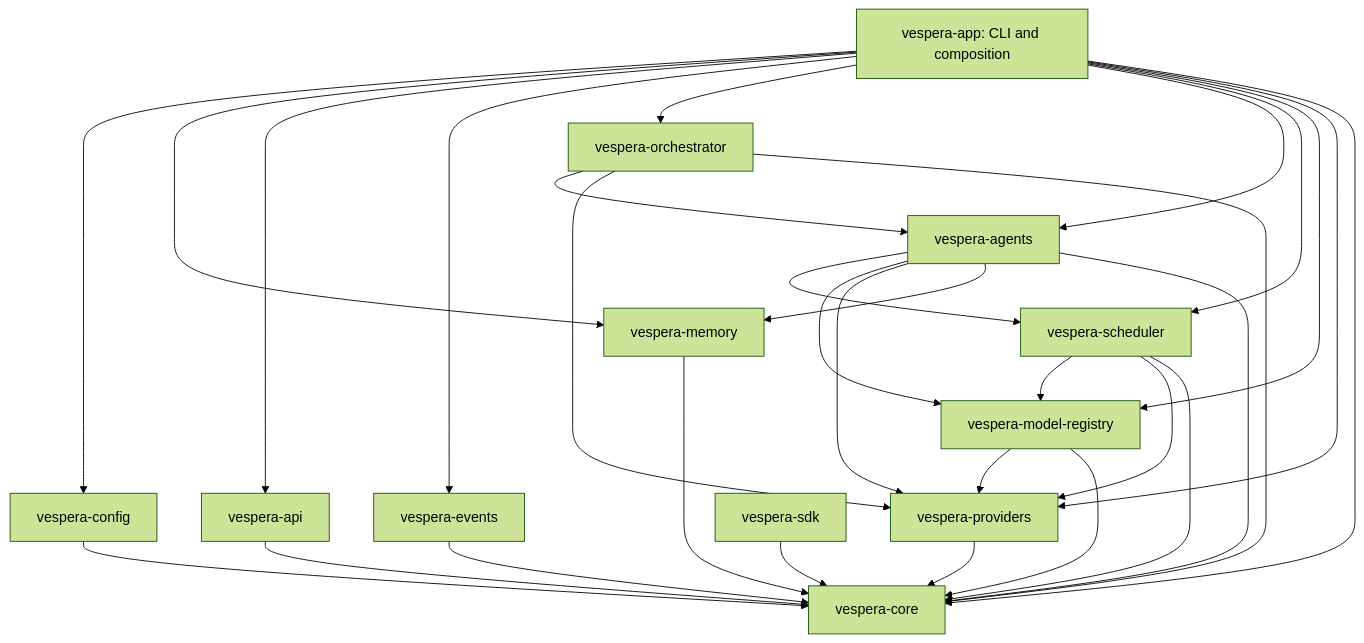
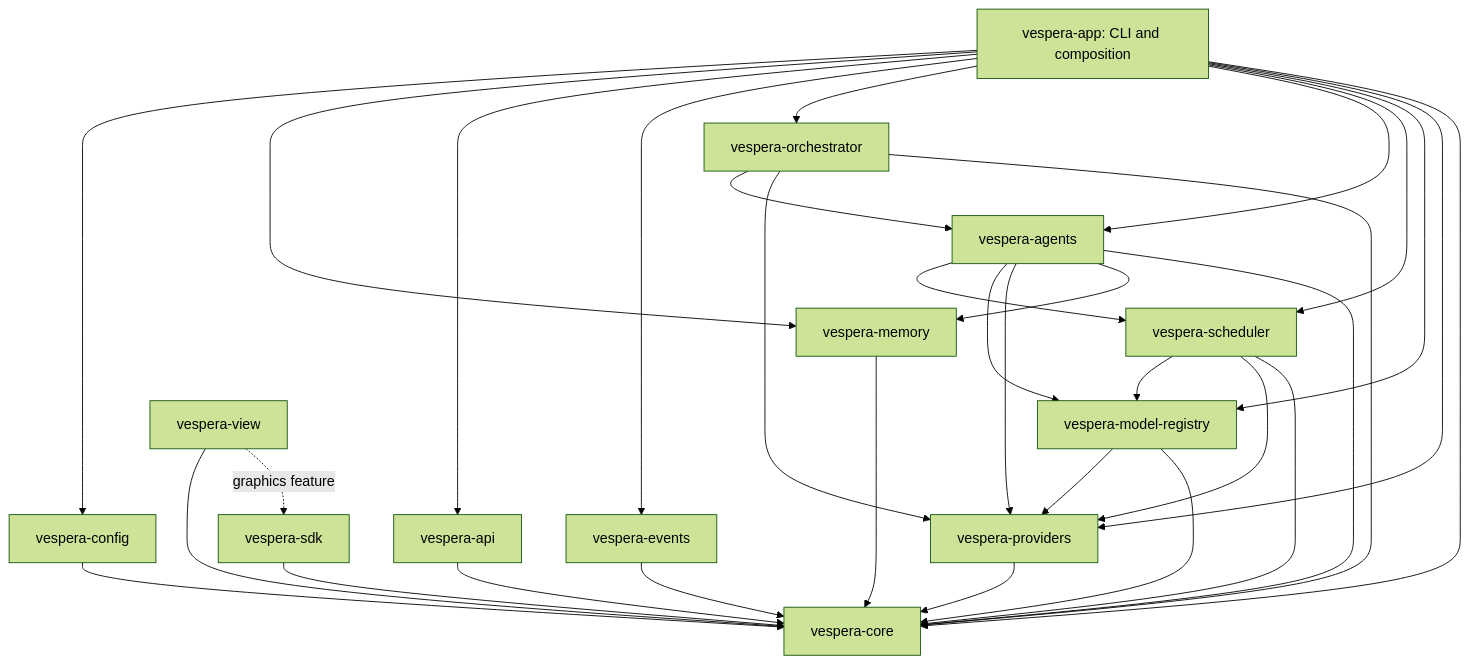
The diagram in docs/ARCHITECTURE.md (ShamelesAbyss/Vespera), drawn with Mermaid (forest theme) before and after one commit. The commit also changed other lines of this file and 11 other files, not shown here.

````diff
--- a/docs/ARCHITECTURE.md
+++ b/docs/ARCHITECTURE.md
@@ -15,32 +16,34 @@
 ```mermaid
 flowchart TD
     App[vespera-app: CLI and composition] --> Config[vespera-config]
     App --> Memory
     App --> API[vespera-api]
     App --> Events[vespera-events]
     App --> Orchestrator
     App --> Agents[vespera-agents]
     App --> Scheduler[vespera-scheduler]
     App --> Registry[vespera-model-registry]
     App --> Providers[vespera-providers]
     App --> Core[vespera-core]
     API --> Core
     Events --> Core
     SDK[vespera-sdk] --> Core
+    View[vespera-view] --> Core
+    View -. graphics feature .-> SDK
     Orchestrator[vespera-orchestrator] --> Agents
     Orchestrator --> Providers
     Orchestrator --> Core
     Config --> Core
     Agents --> Scheduler
     Agents --> Registry
     Agents --> Providers
     Agents --> Memory[vespera-memory]
     Memory --> Core
     Agents --> Core
     Scheduler --> Registry
     Scheduler --> Providers
     Scheduler --> Core
     Registry --> Providers
     Registry --> Core
     Providers --> Core
 ```
````
